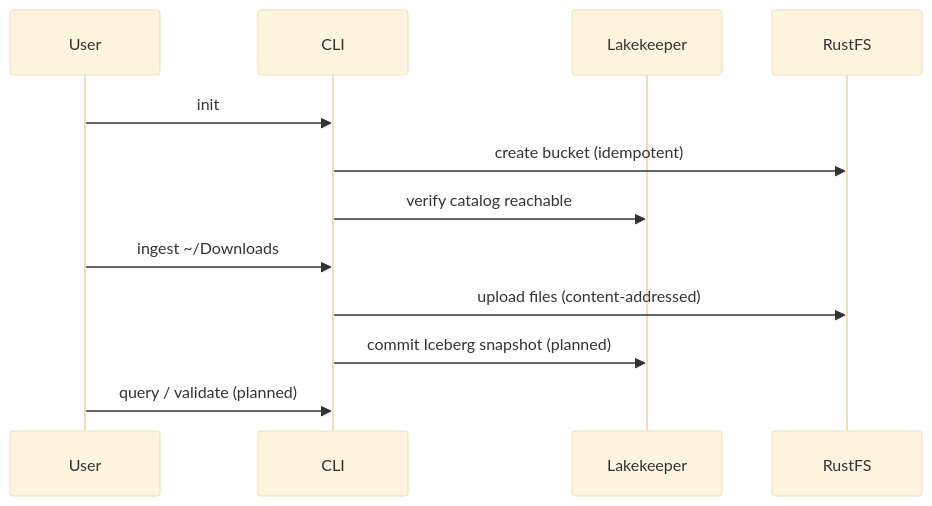
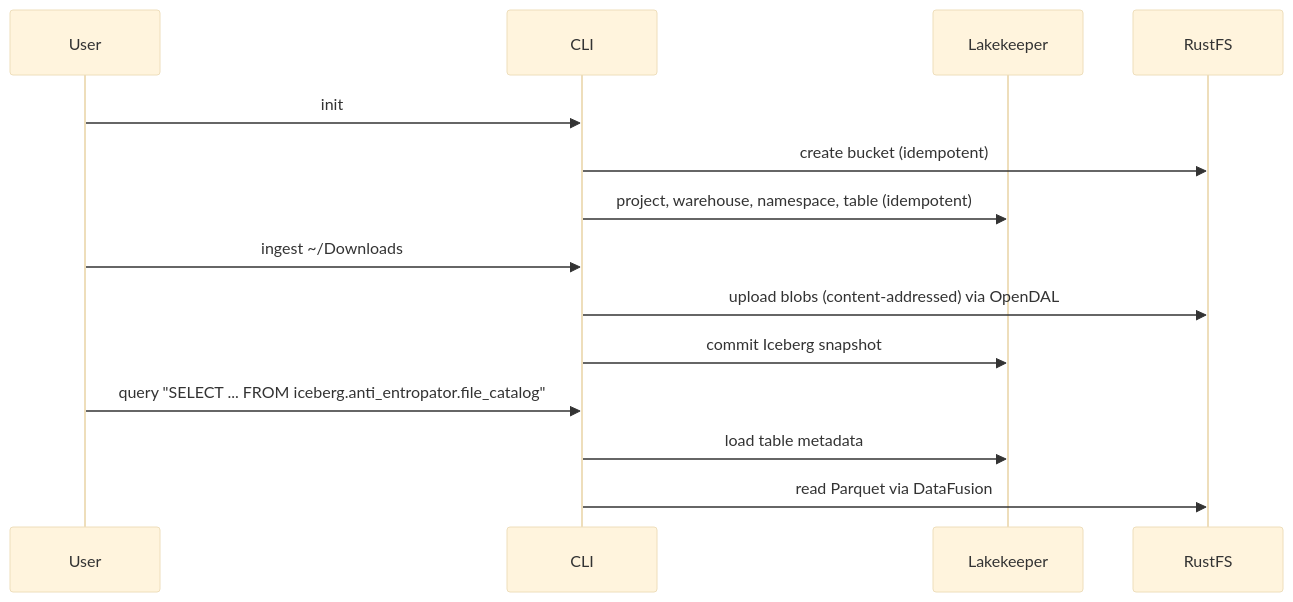
The diagram in docs/adr/ADR-004-lakekeeper-catalog.md (sm4rtm4art/anti_entropator), drawn with Mermaid (base theme) before and after one commit. The commit also changed other lines of this file and 6 other files, not shown here.

````diff
--- a/docs/adr/ADR-004-lakekeeper-catalog.md
+++ b/docs/adr/ADR-004-lakekeeper-catalog.md
@@ -32,16 +49,18 @@
 ```mermaid
 sequenceDiagram
     participant User
     participant CLI
     participant Lakekeeper
     participant RustFS
 
     User->>CLI: init
     CLI->>RustFS: create bucket (idempotent)
-    CLI->>Lakekeeper: verify catalog reachable
+    CLI->>Lakekeeper: project, warehouse, namespace, table (idempotent)
 
     User->>CLI: ingest ~/Downloads
-    CLI->>RustFS: upload files (content-addressed)
-    CLI->>Lakekeeper: commit Iceberg snapshot (planned)
-    User->>CLI: query / validate (planned)
+    CLI->>RustFS: upload blobs (content-addressed) via OpenDAL
+    CLI->>Lakekeeper: commit Iceberg snapshot
+    User->>CLI: query "SELECT ... FROM iceberg.anti_entropator.file_catalog"
+    CLI->>Lakekeeper: load table metadata
+    CLI->>RustFS: read Parquet via DataFusion
 ```
````
